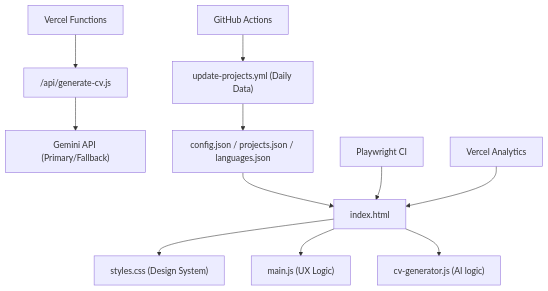
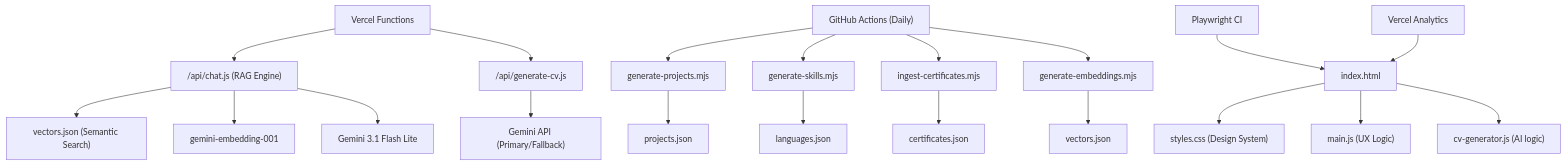
Before and after one commit to Jcnok/portfolio: the diagram in README.md, drawn with Mermaid. The commit also changed other lines of this file and 1 other file, not shown here.

First line of the commit message:
docs: update README, PRD, and stories for Epic 9 (RAG Engine)

````diff
--- a/README.md
+++ b/README.md
@@ -117,16 +153,25 @@
 ```mermaid
 graph TD;
     A["index.html"]-->B["styles.css (Design System)"]
     A-->C["main.js (UX Logic)"]
     A-->H["cv-generator.js (AI logic)"]
 
-    I["Vercel Functions"]-->K["/api/generate-cv.js"]
+    I["Vercel Functions"]-->J["/api/chat.js (RAG Engine)"]
+    I-->K["/api/generate-cv.js"]
+    J-->VEC["vectors.json (Semantic Search)"]
+    J-->EMB["gemini-embedding-001"]
+    J-->LLM["Gemini 3.1 Flash Lite"]
     K-->P["Gemini API (Primary/Fallback)"]
 
-    L["GitHub Actions"]-->M["update-projects.yml (Daily Data)"]
-    M-->O["config.json / projects.json / languages.json"]
-    O-->A
+    L["GitHub Actions (Daily)"]-->M1["generate-projects.mjs"]
+    L-->M2["generate-skills.mjs"]
+    L-->M3["ingest-certificates.mjs"]
+    L-->M4["generate-embeddings.mjs"]
+    M1-->O1["projects.json"]
+    M2-->O2["languages.json"]
+    M3-->O3["certificates.json"]
+    M4-->O4["vectors.json"]
 
     R["Playwright CI"]-->A
     S["Vercel Analytics"]-->A
 ```
````
